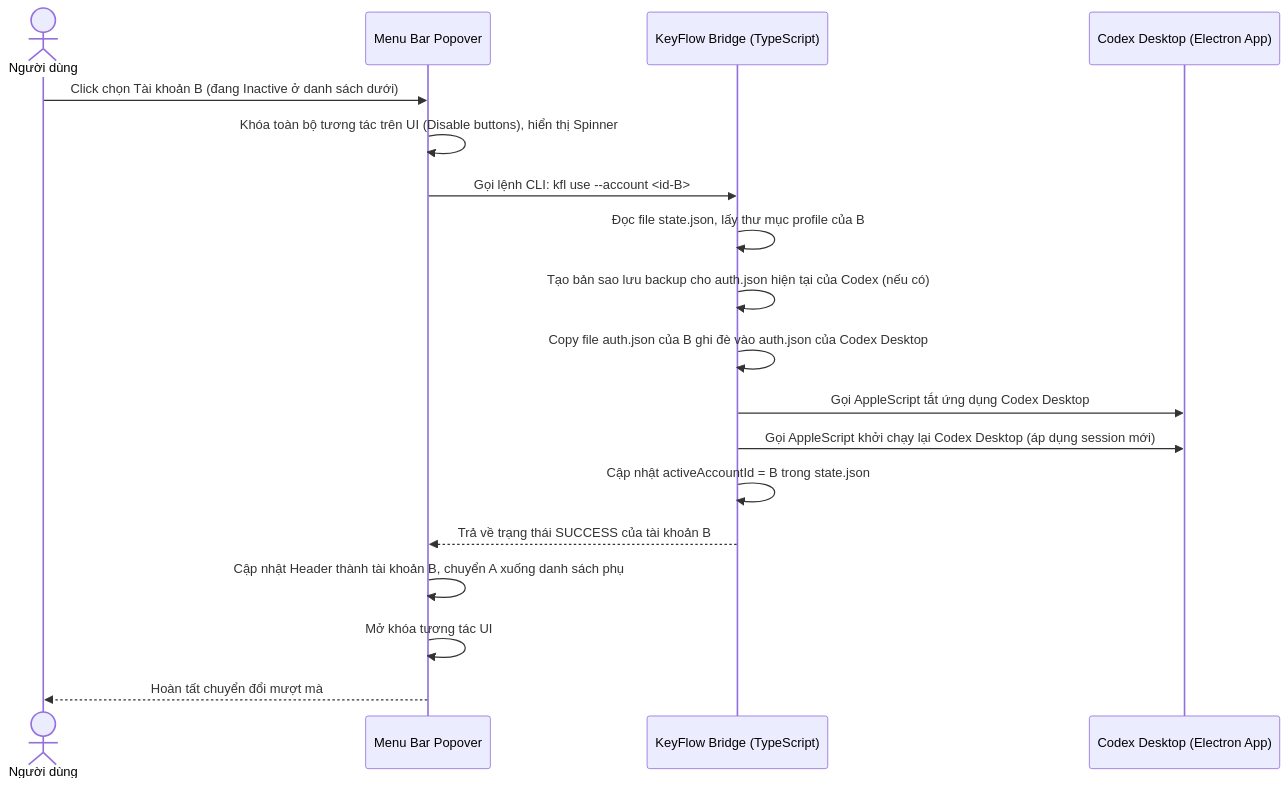
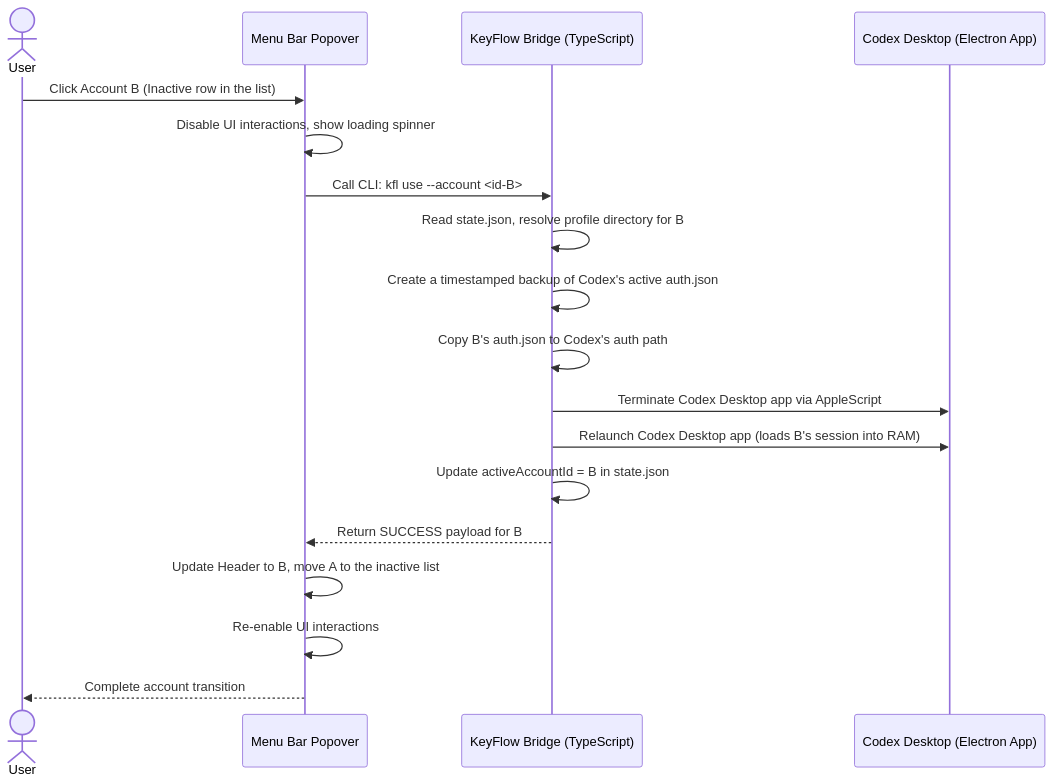
One commit to hbui290/keyflow changed the second of 5 diagrams in USERFLOW.md. Above: the diagram before and after it, drawn with Mermaid. The commit also changed other lines of this file and 2 other files, not shown here.

````diff
--- a/USERFLOW.md
+++ b/USERFLOW.md
@@ -43,24 +43,24 @@
 ```mermaid
 sequenceDiagram
-    actor User as Người dùng
+    actor User as User
     participant Pop as Menu Bar Popover
     participant CLI as KeyFlow Bridge (TypeScript)
     participant Codex as Codex Desktop (Electron App)
 
-    User->>Pop: Click chọn Tài khoản B (đang Inactive ở danh sách dưới)
-    Pop->>Pop: Khóa toàn bộ tương tác trên UI (Disable buttons), hiển thị Spinner
-    Pop->>CLI: Gọi lệnh CLI: kfl use --account <id-B>
+    User->>Pop: Click Account B (Inactive row in the list)
+    Pop->>Pop: Disable UI interactions, show loading spinner
+    Pop->>CLI: Call CLI: kfl use --account <id-B>
     
-    CLI->>CLI: Đọc file state.json, lấy thư mục profile của B
-    CLI->>CLI: Tạo bản sao lưu backup cho auth.json hiện tại của Codex (nếu có)
-    CLI->>CLI: Copy file auth.json của B ghi đè vào auth.json của Codex Desktop
+    CLI->>CLI: Read state.json, resolve profile directory for B
+    CLI->>CLI: Create a timestamped backup of Codex's active auth.json
+    CLI->>CLI: Copy B's auth.json to Codex's auth path
     
-    CLI->>Codex: Gọi AppleScript tắt ứng dụng Codex Desktop
-    CLI->>Codex: Gọi AppleScript khởi chạy lại Codex Desktop (áp dụng session mới)
+    CLI->>Codex: Terminate Codex Desktop app via AppleScript
+    CLI->>Codex: Relaunch Codex Desktop app (loads B's session into RAM)
     
-    CLI->>CLI: Cập nhật activeAccountId = B trong state.json
-    CLI-->>Pop: Trả về trạng thái SUCCESS của tài khoản B
-    Pop->>Pop: Cập nhật Header thành tài khoản B, chuyển A xuống danh sách phụ
-    Pop->>Pop: Mở khóa tương tác UI
-    Pop-->>User: Hoàn tất chuyển đổi mượt mà
+    CLI->>CLI: Update activeAccountId = B in state.json
+    CLI-->>Pop: Return SUCCESS payload for B
+    Pop->>Pop: Update Header to B, move A to the inactive list
+    Pop->>Pop: Re-enable UI interactions
+    Pop-->>User: Complete account transition
 ```
````
